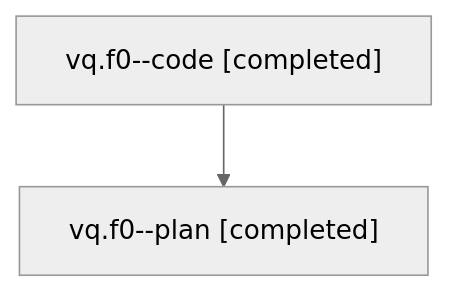
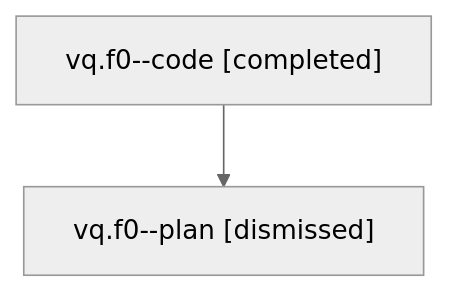
One commit to sase-org/sase--agents changed the diagram in families/bbugyi200.athena.vq.f0.md. Above: the diagram before and after it, drawn with Mermaid (neutral theme). The commit also changed other lines of this file and 1120 other files, not shown here.

````diff
--- a/families/bbugyi200.athena.vq.f0.md
+++ b/families/bbugyi200.athena.vq.f0.md
@@ -9,6 +9,6 @@
 ```mermaid
 flowchart TD
   n0["vq.f0--code [completed]"]
-  n1["vq.f0--plan [completed]"]
+  n1["vq.f0--plan [dismissed]"]
   n0 --> n1
 ```
````
